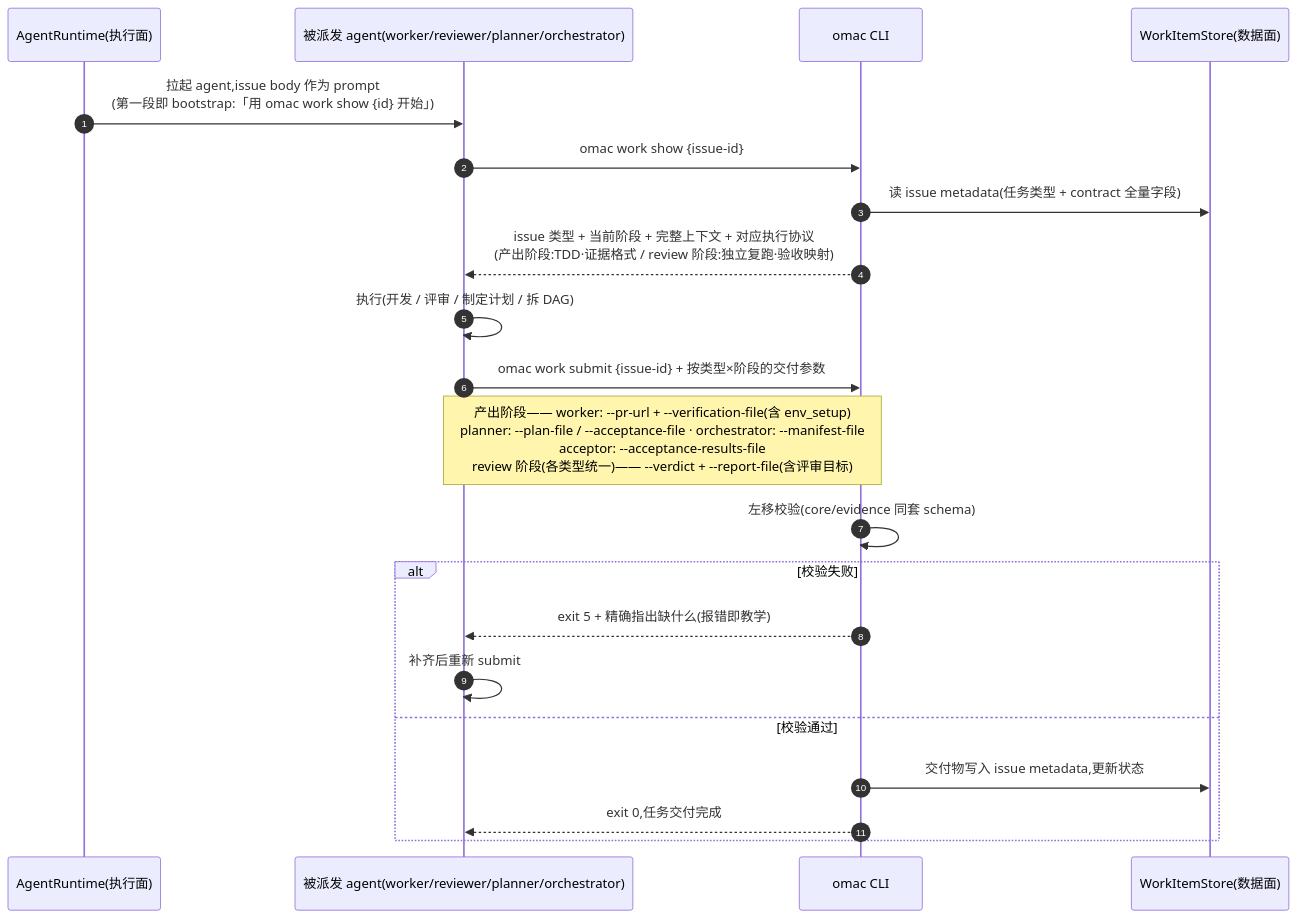
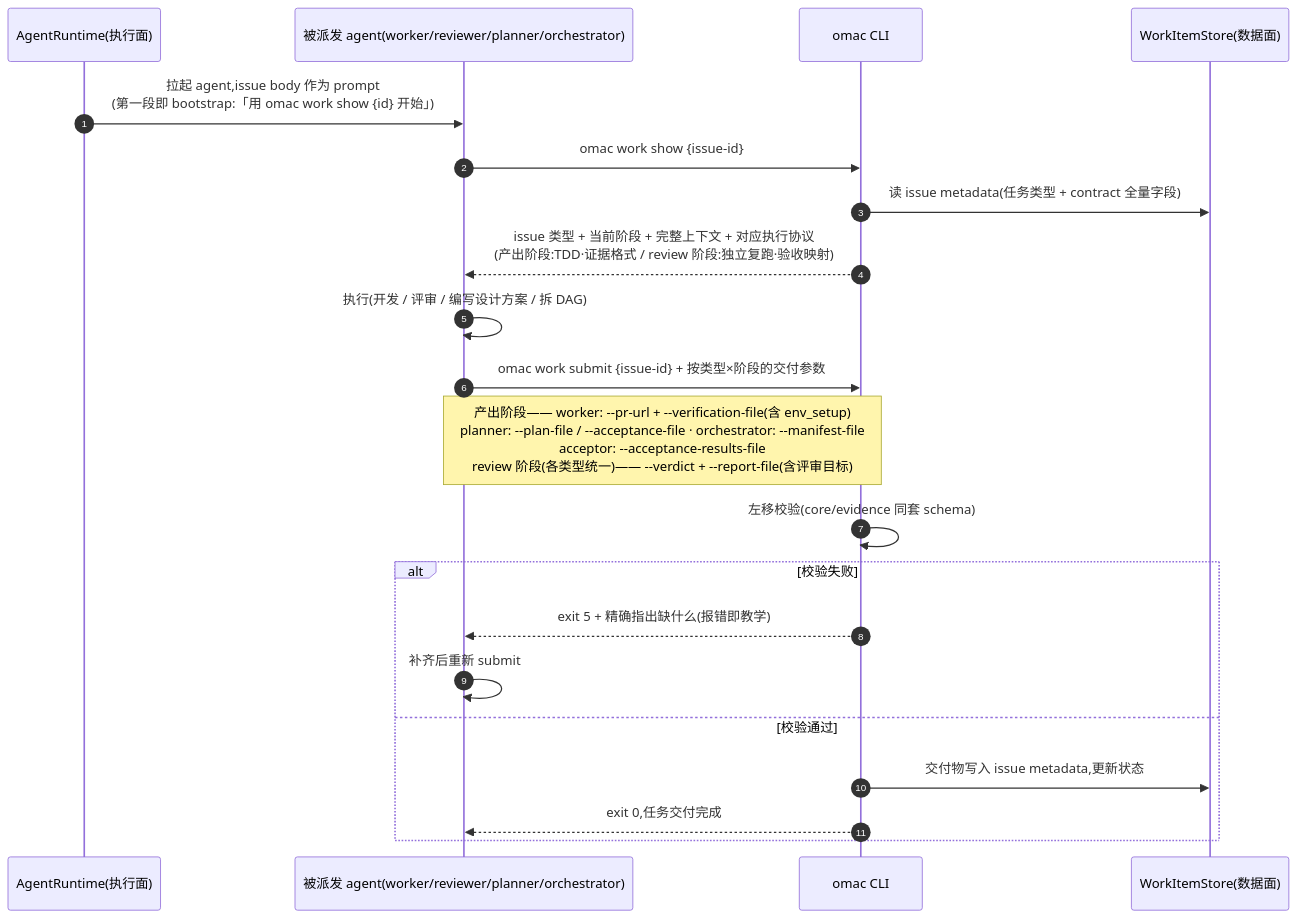
One commit to xiaohei-info/oh-my-multica changed the fifth of 7 diagrams in docs/omac-cli-design.md. Above: the diagram before and after it, drawn with Mermaid. The commit also changed other lines of this file and 10 other files, not shown here.

````diff
--- a/docs/omac-cli-design.md
+++ b/docs/omac-cli-design.md
@@ -465,27 +465,27 @@
 ```mermaid
 sequenceDiagram
     autonumber
     participant M as AgentRuntime(执行面)
     participant A as 被派发 agent(worker/reviewer/planner/orchestrator)
     participant C as omac CLI
     participant P as WorkItemStore(数据面)
 
     M->>A: 拉起 agent,issue body 作为 prompt<br/>(第一段即 bootstrap:「用 omac work show {id} 开始」)
     A->>C: omac work show {issue-id}
     C->>P: 读 issue metadata(任务类型 + contract 全量字段)
     C-->>A: issue 类型 + 当前阶段 + 完整上下文 + 对应执行协议<br/>(产出阶段:TDD·证据格式 / review 阶段:独立复跑·验收映射)
 
-    A->>A: 执行(开发 / 评审 / 制定计划 / 拆 DAG)
+    A->>A: 执行(开发 / 评审 / 编写设计方案 / 拆 DAG)
 
     A->>C: omac work submit {issue-id} + 按类型×阶段的交付参数
     Note over A,C: 产出阶段—— worker: --pr-url + --verification-file(含 env_setup)<br/>planner: --plan-file / --acceptance-file · orchestrator: --manifest-file<br/>acceptor: --acceptance-results-file<br/>review 阶段(各类型统一)—— --verdict + --report-file(含评审目标)
 
     C->>C: 左移校验(core/evidence 同套 schema)
     alt 校验失败
         C-->>A: exit 5 + 精确指出缺什么(报错即教学)
         A->>A: 补齐后重新 submit
     else 校验通过
         C->>P: 交付物写入 issue metadata,更新状态
         C-->>A: exit 0,任务交付完成
     end
 ```
````
